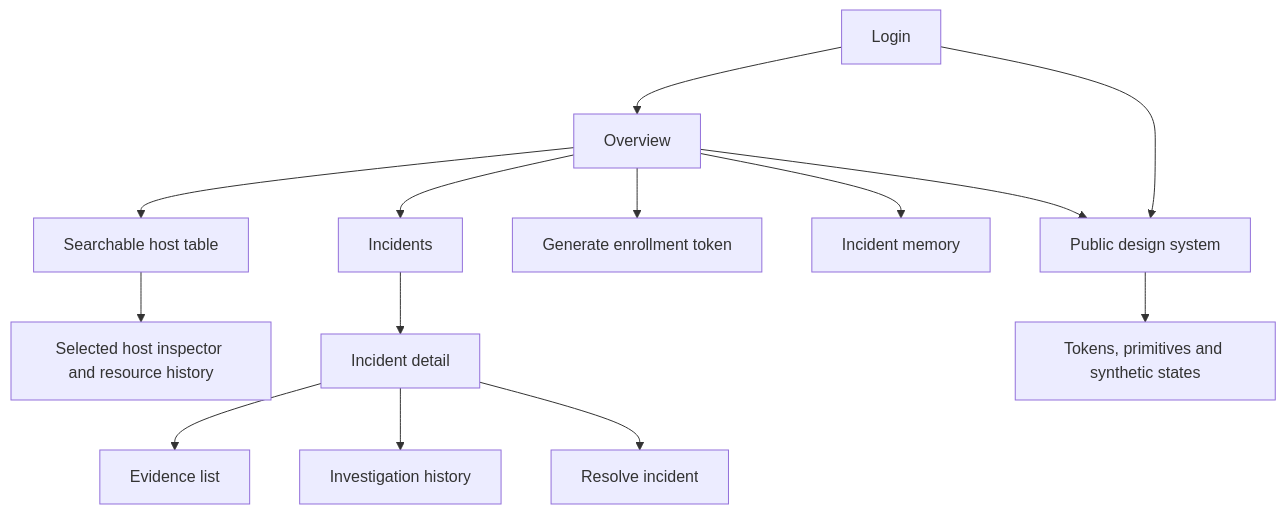
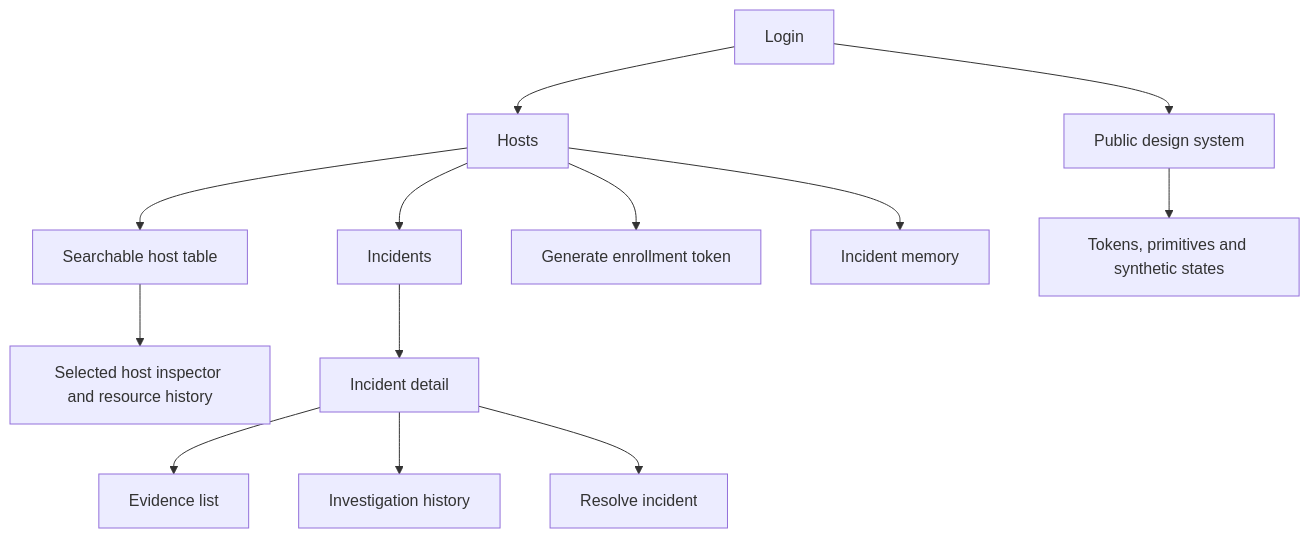
The diagram in docs/UI-UX.md (kuenobaikbanget/opspilot), drawn with Mermaid before and after one commit. The commit also changed other lines of this file and 5 other files, not shown here.

````diff
--- a/docs/UI-UX.md
+++ b/docs/UI-UX.md
@@ -98,16 +98,15 @@
 ```mermaid
 flowchart TD
-  A[Login] --> B[Overview]
+  A[Login] --> B[Hosts]
   B --> H[Searchable host table]
   H --> S[Selected host inspector and resource history]
   B --> I[Incidents]
   I --> D[Incident detail]
   D --> E[Evidence list]
   D --> F[Investigation history]
   D --> G[Resolve incident]
   B --> T[Generate enrollment token]
   B --> M[Incident memory]
   A --> C[Public design system]
-  B --> C
   C --> R[Tokens, primitives and synthetic states]
 ```
````
